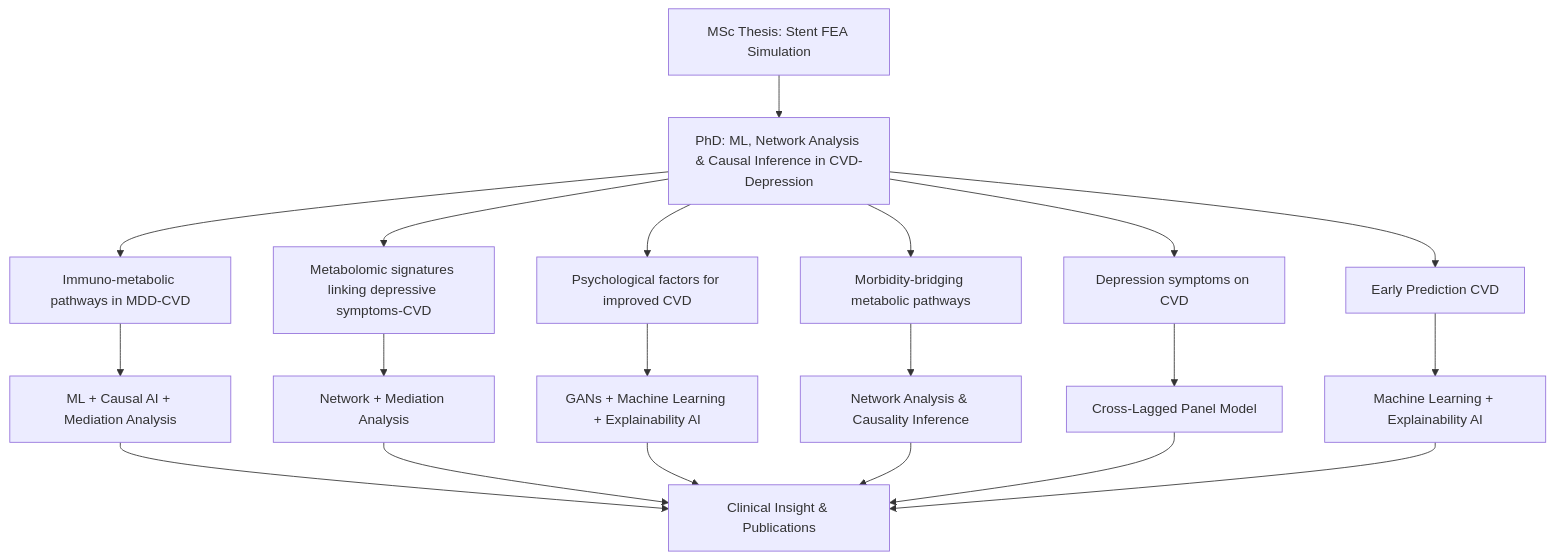
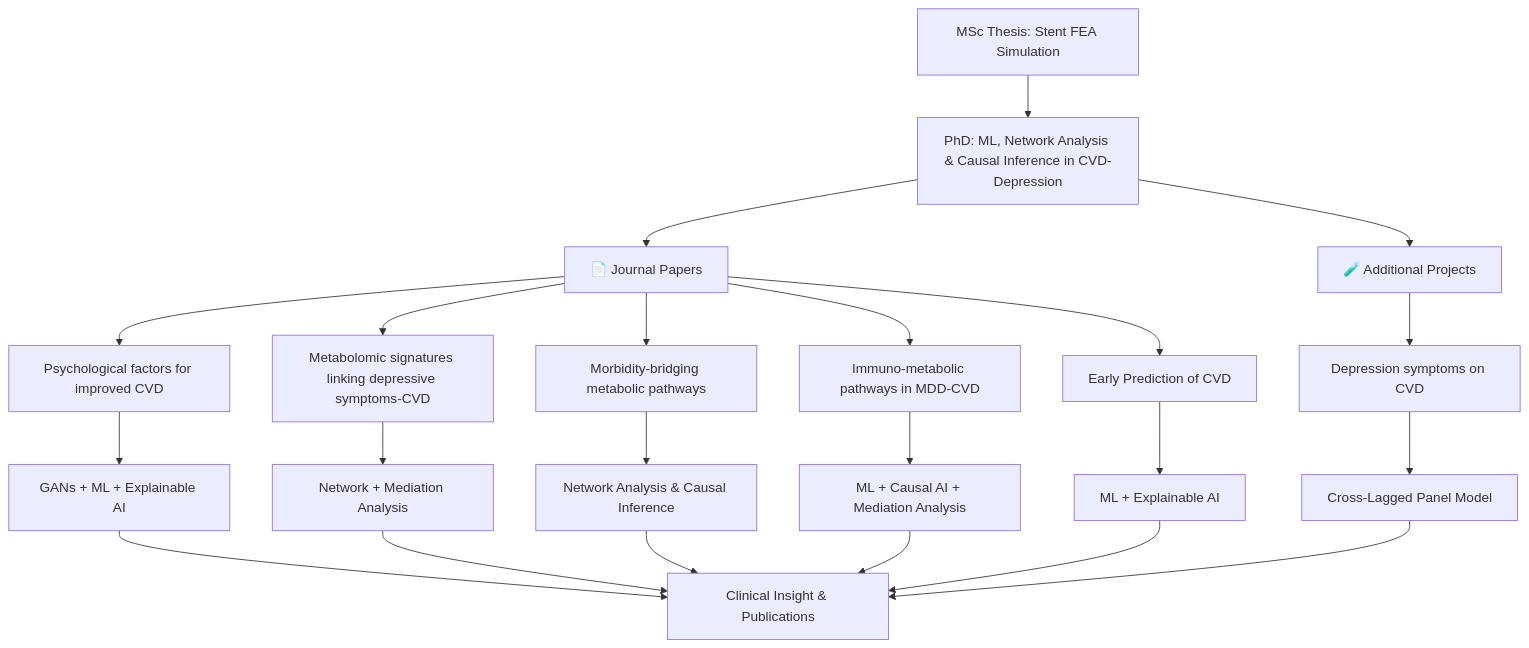
One commit to AngelaKoloi/Biomedical-Data-Science-Research changed the diagram in README.md. Above: the diagram before and after it, drawn with Mermaid.

````diff
--- a/README.md
+++ b/README.md
@@ -17,22 +17,29 @@
 ```mermaid
 graph TD
     A[MSc Thesis: Stent FEA Simulation] --> B[PhD: ML, Network Analysis & Causal Inference in CVD-Depression]
-    B --> C[Psychological factors for improved CVD]
-    B --> D[Metabolomic signatures linking depressive symptoms-CVD]
-    B --> E[Morbidity-bridging metabolic pathways]
-    B --> F[Immuno-metabolic pathways in MDD-CVD]
-    C --> G[GANs + Machine Learning + Explainability AI]
+
+    B --> JP[📄 Journal Papers]
+    B --> AP[🧪 Additional Projects]
+
+    JP --> C[Psychological factors for improved CVD]
+    JP --> D[Metabolomic signatures linking depressive symptoms-CVD]
+    JP --> E[Morbidity-bridging metabolic pathways]
+    JP --> F[Immuno-metabolic pathways in MDD-CVD]
+    JP --> V[Early Prediction of CVD]
+
+    C --> G[GANs + ML + Explainable AI]
     D --> H[Network + Mediation Analysis]
-    E --> I[Network Analysis & Causality Inference]
+    E --> I[Network Analysis & Causal Inference]
     F --> J[ML + Causal AI + Mediation Analysis]
-    J --> K[Clinical Insight & Publications]
+    V --> M[ML + Explainable AI]
+
+    G --> K[Clinical Insight & Publications]
     H --> K
-    G --> K
     I --> K
-    B --> L[Depression symptoms on CVD]
+    J --> K
+    M --> K
+
+    AP --> L[Depression symptoms on CVD]
     L --> O[Cross-Lagged Panel Model]
     O --> K
-    B --> V[Early Prediction CVD]
-    V --> M[Machine Learning + Explainability AI]
-    M --> K
 ```
````
